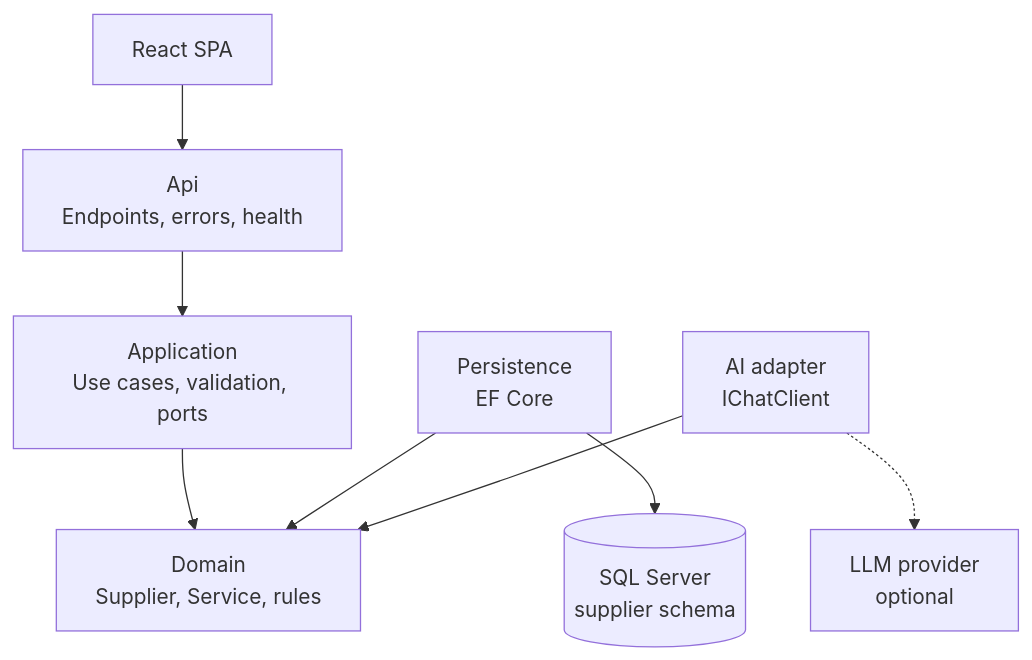
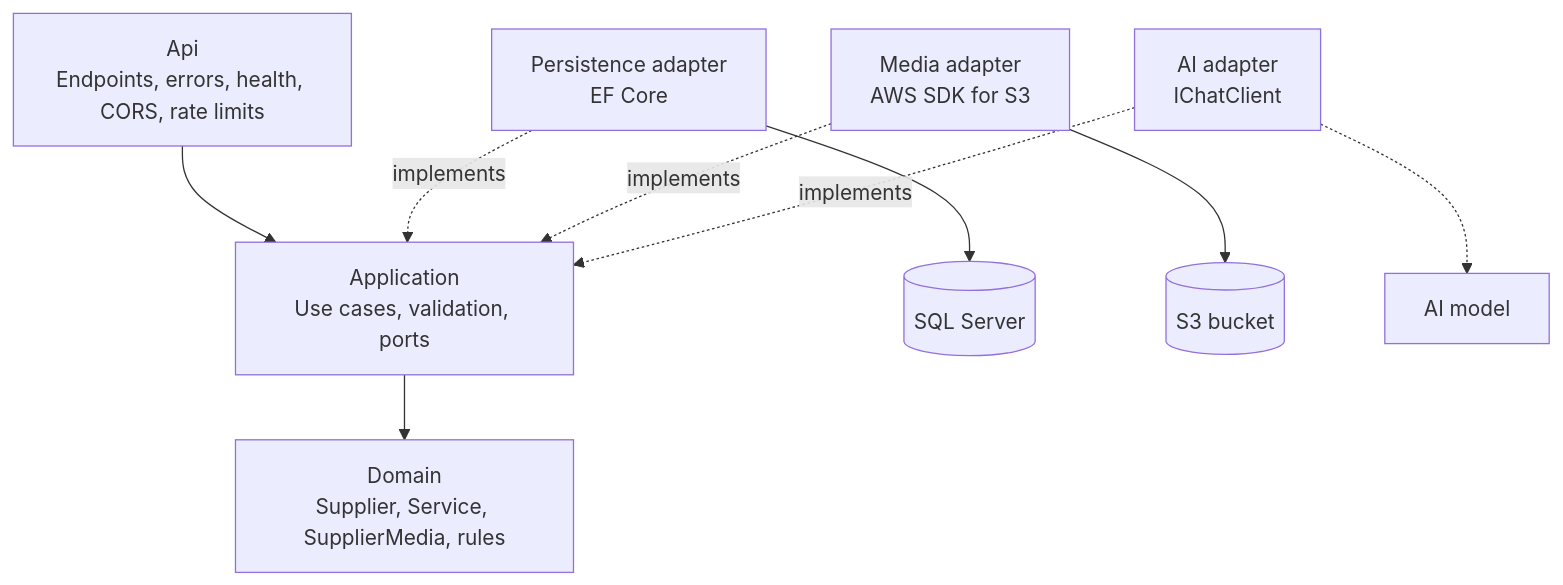
Before and after one commit to BelchiorAI/Travelogic_Services: the second of 3 diagrams in backend/README.md, drawn with Mermaid. The commit also changed other lines of this file, not shown here.

First line of the commit message:
docs(backend): show the S3 media architecture in the README

````diff
--- a/backend/README.md
+++ b/backend/README.md
@@ -13,10 +30,11 @@
 ```mermaid
 flowchart TD
-    Web[React SPA] --> Api[Api<br/>Endpoints, errors, health]
-    Api --> App[Application<br/>Use cases, validation, ports]
-    App --> Dom[Domain<br/>Supplier, Service, rules]
-    Per[Persistence<br/>EF Core] --> Dom
-    AI[AI adapter<br/>IChatClient] --> Dom
-    Per --> Db[(SQL Server<br/>supplier schema)]
-    AI -.-> Llm[LLM provider<br/>optional]
+    Api[Api<br/>Endpoints, errors, health, CORS, rate limits] --> App[Application<br/>Use cases, validation, ports]
+    App --> Dom[Domain<br/>Supplier, Service, SupplierMedia, rules]
+    Per[Persistence adapter<br/>EF Core] -. implements .-> App
+    Media[Media adapter<br/>AWS SDK for S3] -. implements .-> App
+    AI[AI adapter<br/>IChatClient] -. implements .-> App
+    Per --> Db[(SQL Server)]
+    Media --> S3[(S3 bucket)]
+    AI -.-> Llm[AI model]
 ```
````
